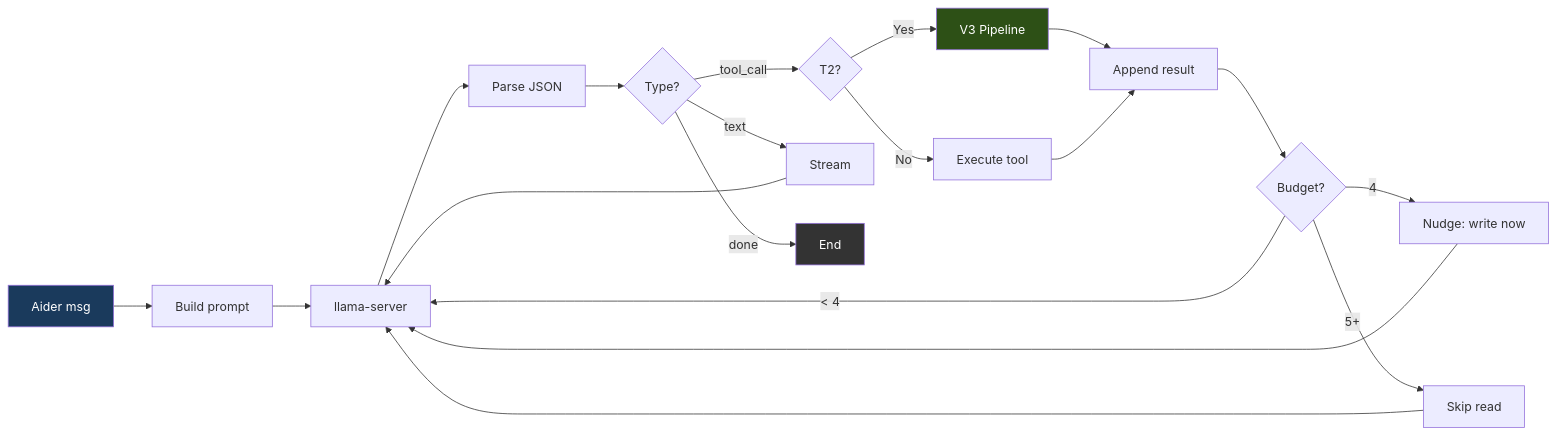
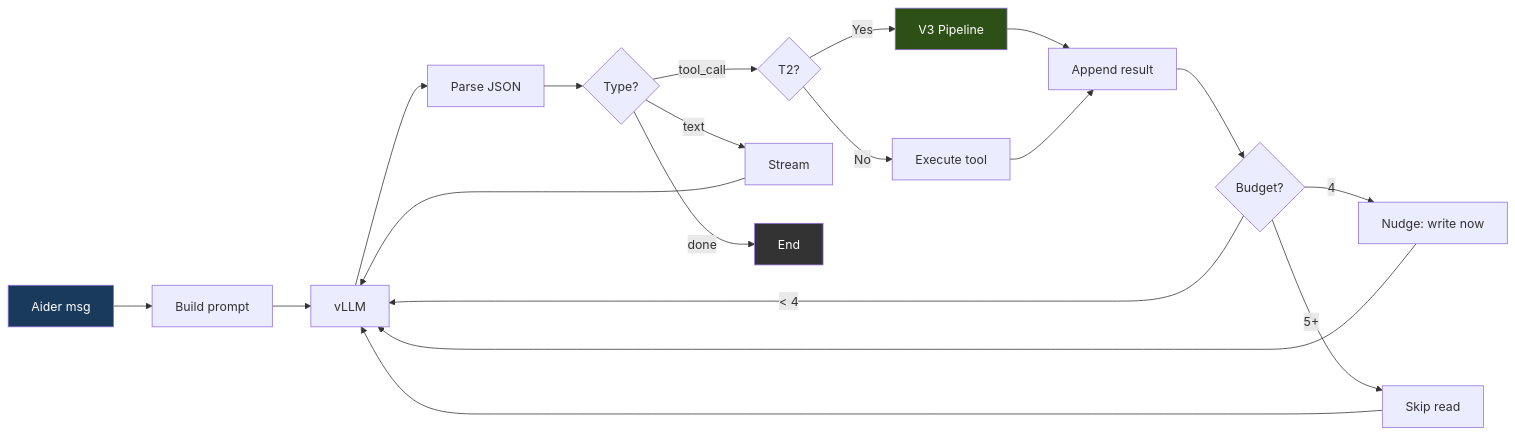
The third of 13 diagrams in docs/ARCHITECTURE.md (itigges22/ATLAS), drawn with Mermaid before and after one commit. The commit also changed other lines of this file and 18 other files, not shown here.

First line of the commit message:
docs: sweep llama.cpp/llama-server references for vLLM (stage 10)

````diff
--- a/docs/ARCHITECTURE.md
+++ b/docs/ARCHITECTURE.md
@@ -79,20 +79,20 @@
 ```mermaid
 flowchart LR
-    Start["Aider msg"] --> Build["Build prompt"] --> Call["llama-server"] --> Parse["Parse JSON"]
+    Start["Aider msg"] --> Build["Build prompt"] --> Call["vLLM"] --> Parse["Parse JSON"]
     Parse --> Route{Type?}
 
     Route -->|"tool_call"| Tier{"T2?"}
     Tier -->|"Yes"| V3["V3 Pipeline"] --> Result["Append result"]
     Tier -->|"No"| Exec["Execute tool"] --> Result
     Result --> Budget{"Budget?"}
     Budget -->|"< 4"| Call
     Budget -->|"4"| Warn["Nudge: write now"] --> Call
     Budget -->|"5+"| Skip["Skip read"] --> Call
 
     Route -->|"text"| Stream["Stream"] --> Call
     Route -->|"done"| Done["End"]
 
     style Start fill:#1a3a5c,color:#fff
     style Done fill:#333,color:#fff
     style V3 fill:#2d5016,color:#fff
 ```
````
